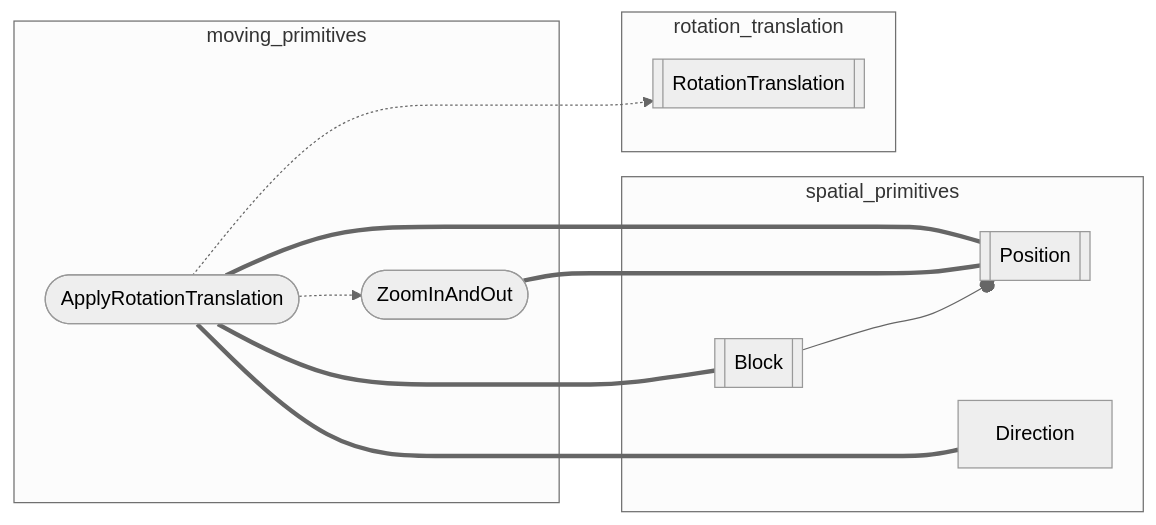
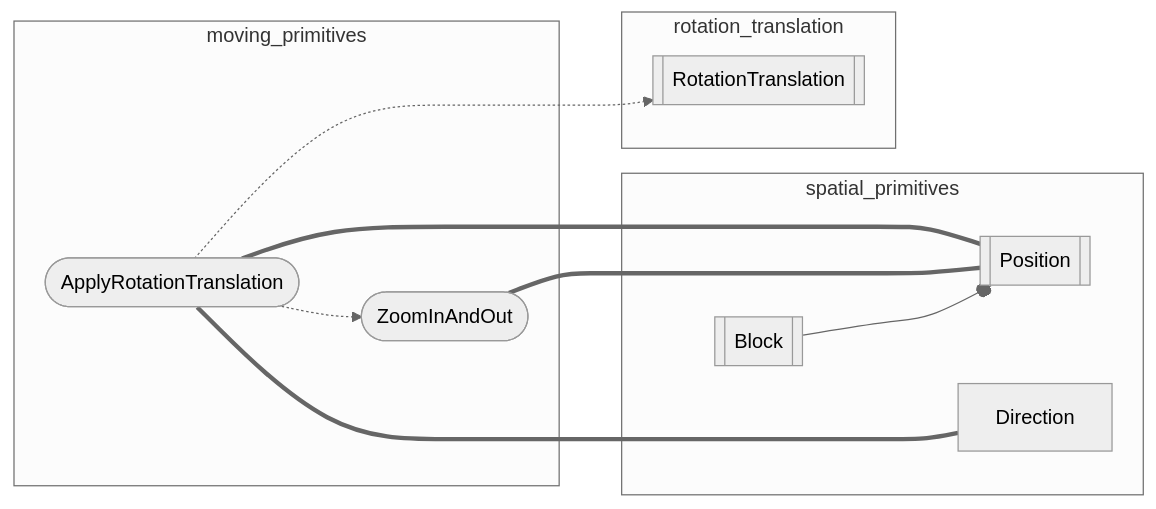
One commit to inesvar/tetris changed the second of 2 diagrams in src/app/player/back_end/flowgraph.md. Above: the diagram before and after it, drawn with Mermaid (neutral theme). The commit also changed 9 other files, not shown here.

Commit message:
Reading rotation_translation and moving_primitives

````diff
--- a/src/app/player/back_end/flowgraph.md
+++ b/src/app/player/back_end/flowgraph.md
@@ -47,37 +47,37 @@
 ```mermaid
 graph LR
     %% objects
     Position[[Position]]
     Block[[Block]]
     Direction[Direction]
     RotationTranslation[[RotationTranslation]]
     ApplyRotationTranslation([ApplyRotationTranslation])
     ZoomInAndOut([ZoomInAndOut])
 
     %% modules
     rotation_translation[rotation_translation]
     spatial_primitives[spatial_primitives]
     moving_primitives[moving_primitives]
 
     subgraph spatial_primitives
         Block --o Position
         Direction
     end
 
     subgraph rotation_translation
         RotationTranslation
     end
 
     subgraph moving_primitives
         ApplyRotationTranslation
         ZoomInAndOut
     end
 
     ZoomInAndOut === Position
-    ApplyRotationTranslation === Position & Block & Direction
+    ApplyRotationTranslation === Position & Direction
     ApplyRotationTranslation -.-> RotationTranslation
     ApplyRotationTranslation -.-> ZoomInAndOut
 
     ZoomInAndOut ~~~ Block & Direction & RotationTranslation
     Block ~~~ Direction
 ```
````
